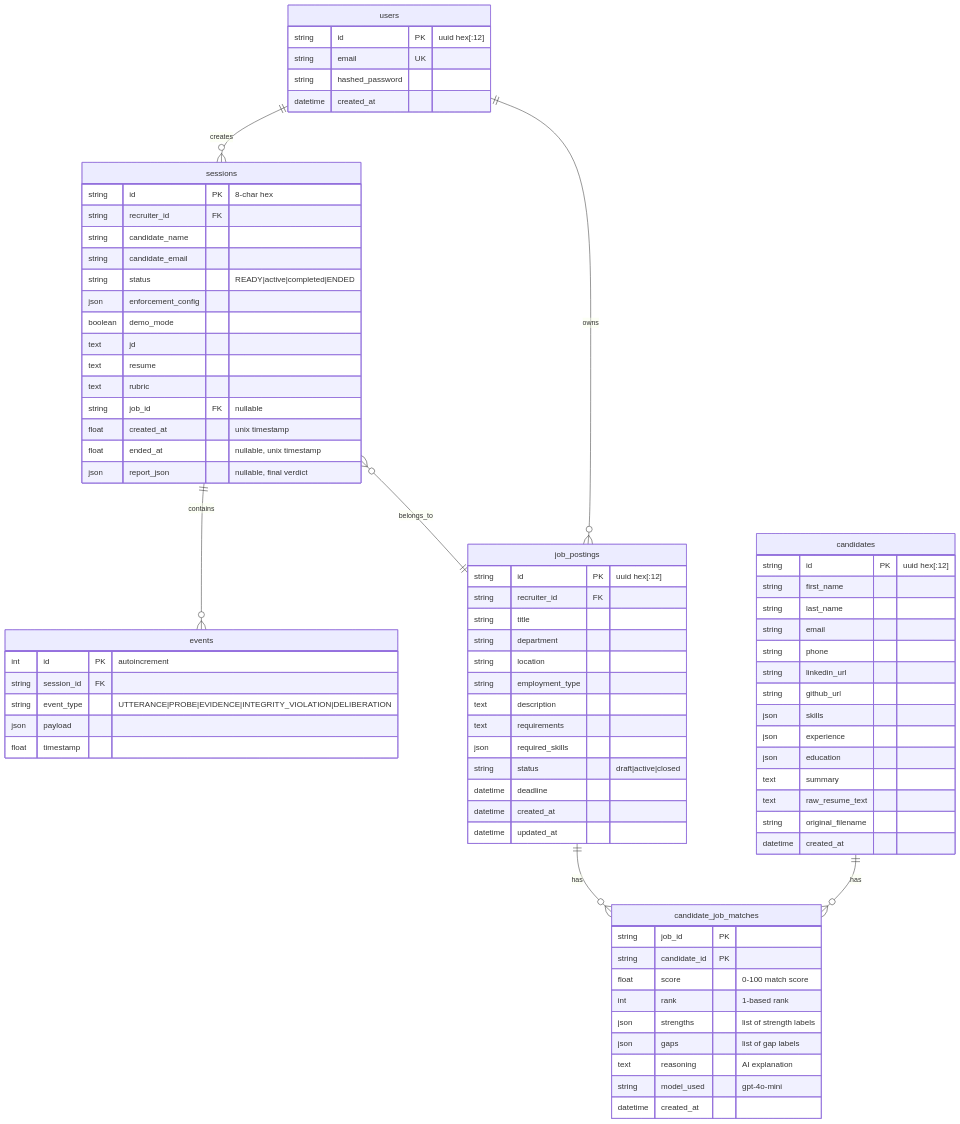
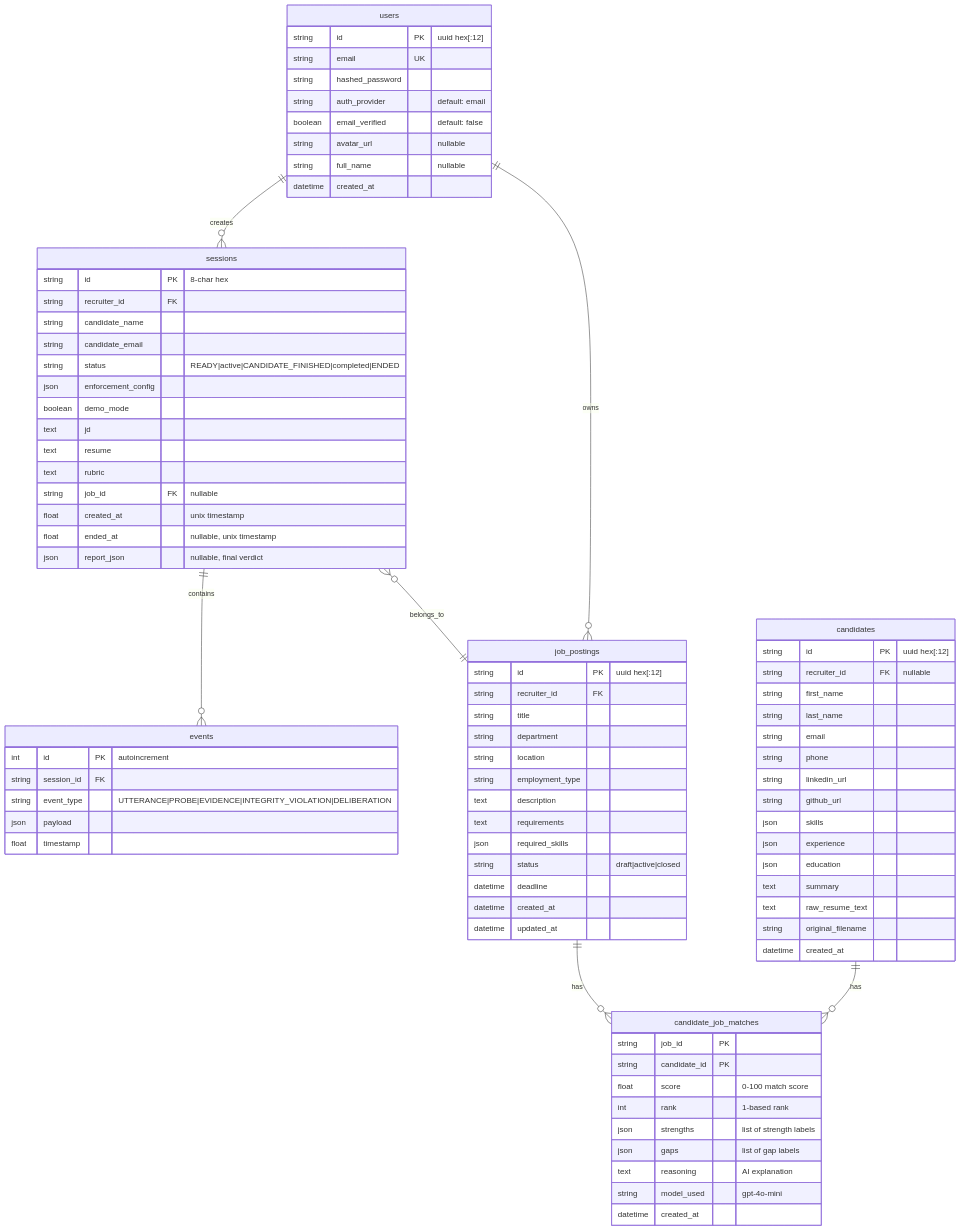
The third of 5 diagrams in SYSTEM_DESIGN.md (Achrefjr1997/hiring-voice), drawn with Mermaid before and after one commit. The commit also changed other lines of this file, not shown here.

```diff
--- a/SYSTEM_DESIGN.md
+++ b/SYSTEM_DESIGN.md
@@ -413,6 +420,10 @@
     string id PK "uuid hex[:12]"
     string email UK
     string hashed_password
+    string auth_provider "default: email"
+    boolean email_verified "default: false"
+    string avatar_url "nullable"
+    string full_name "nullable"
     datetime created_at
   }
 
@@ -421,7 +432,7 @@
     string recruiter_id FK
     string candidate_name
     string candidate_email
-    string status "READY|active|completed|ENDED"
+    string status "READY|active|CANDIDATE_FINISHED|completed|ENDED"
     json enforcement_config
     boolean demo_mode
     text jd
@@ -451,6 +462,7 @@
 
   candidates {
     string id PK "uuid hex[:12]"
+    string recruiter_id FK "nullable"
     string first_name
     string last_name
     string email
```
